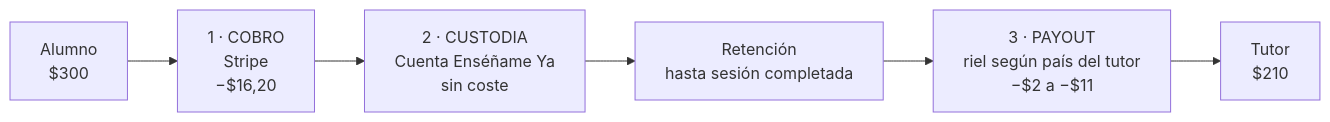
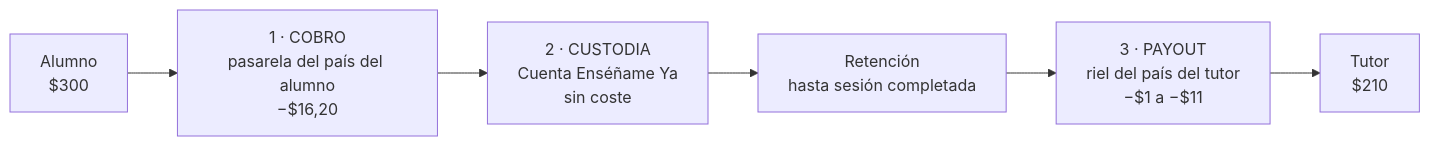
Before and after one commit to emiliofaimlab/ensenameya: the first of 4 diagrams in docs/PAGOS-Y-PAYOUTS.md, drawn with Mermaid. The commit also changed other lines of this file and 32 other files, not shown here.

````diff
--- a/docs/PAGOS-Y-PAYOUTS.md
+++ b/docs/PAGOS-Y-PAYOUTS.md
@@ -137,8 +63,8 @@
 ```mermaid
 flowchart LR
-  A["Alumno<br/>$300"] --> B["1 · COBRO<br/>Stripe<br/>−$16,20"]
+  A["Alumno<br/>$300"] --> B["1 · COBRO<br/>pasarela del país del alumno<br/>−$16,20"]
   B --> C["2 · CUSTODIA<br/>Cuenta Enséñame Ya<br/>sin coste"]
   C --> R["Retención<br/>hasta sesión completada"]
-  R --> D["3 · PAYOUT<br/>riel según país del tutor<br/>−$2 a −$11"]
+  R --> D["3 · PAYOUT<br/>riel del país del tutor<br/>−$1 a −$11"]
   D --> E["Tutor<br/>$210"]
 ```
````
